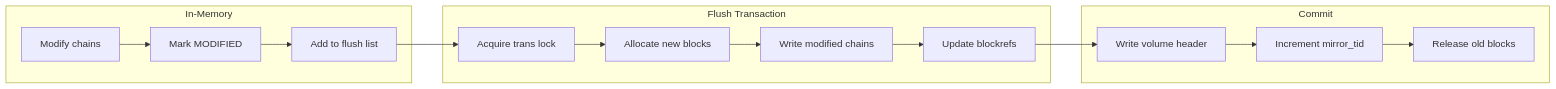
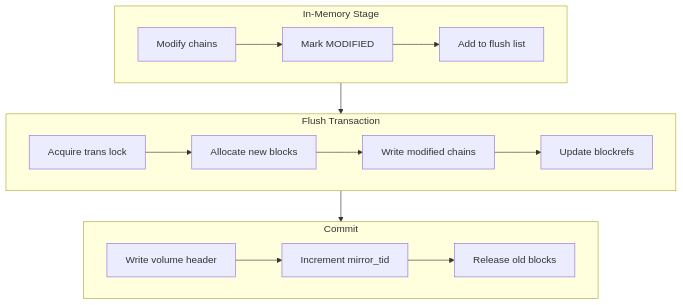
One commit to tuxillo/dragonflybsd-source-docs changed the fourth of 6 diagrams in docs/sys/vfs/hammer2/index.md. Above: the diagram before and after it, drawn with Mermaid. The commit also changed 1 other file, not shown here.

Commit message:
Fix diagram formatting in HAMMER2 docs
- index.md: Change Transaction Model diagram from horizontal (LR) to
  vertical (TB) flowchart for better screen fit

- on-disk-format.md: Revert Zone Layout, Volume Header, and Inode
  Structure from Mermaid back to ASCII art - these memory/disk layout
  diagrams are better represented with box-stacking ASCII art than
  flowcharts with arrows

Keep Mermaid for actual flowcharts showing processes/relationships,
use ASCII art for on-disk structure layouts.

````diff
--- a/docs/sys/vfs/hammer2/index.md
+++ b/docs/sys/vfs/hammer2/index.md
@@ -221,23 +221,20 @@
 ```mermaid
-flowchart LR
-    subgraph memory["In-Memory"]
-        M1[Modify chains]
-        M2[Mark MODIFIED]
-        M3[Add to flush list]
+flowchart TB
+    subgraph memory["In-Memory Stage"]
+        M1[Modify chains] --> M2[Mark MODIFIED]
+        M2 --> M3[Add to flush list]
     end
     
     subgraph flush["Flush Transaction"]
-        F1[Acquire trans lock]
-        F2[Allocate new blocks]
-        F3[Write modified chains]
-        F4[Update blockrefs]
+        F1[Acquire trans lock] --> F2[Allocate new blocks]
+        F2 --> F3[Write modified chains]
+        F3 --> F4[Update blockrefs]
     end
     
     subgraph commit["Commit"]
-        C1[Write volume header]
-        C2[Increment mirror_tid]
-        C3[Release old blocks]
+        C1[Write volume header] --> C2[Increment mirror_tid]
+        C2 --> C3[Release old blocks]
     end
     
-    M1 --> M2 --> M3 --> F1 --> F2 --> F3 --> F4 --> C1 --> C2 --> C3
+    memory --> flush --> commit
 ```
````
